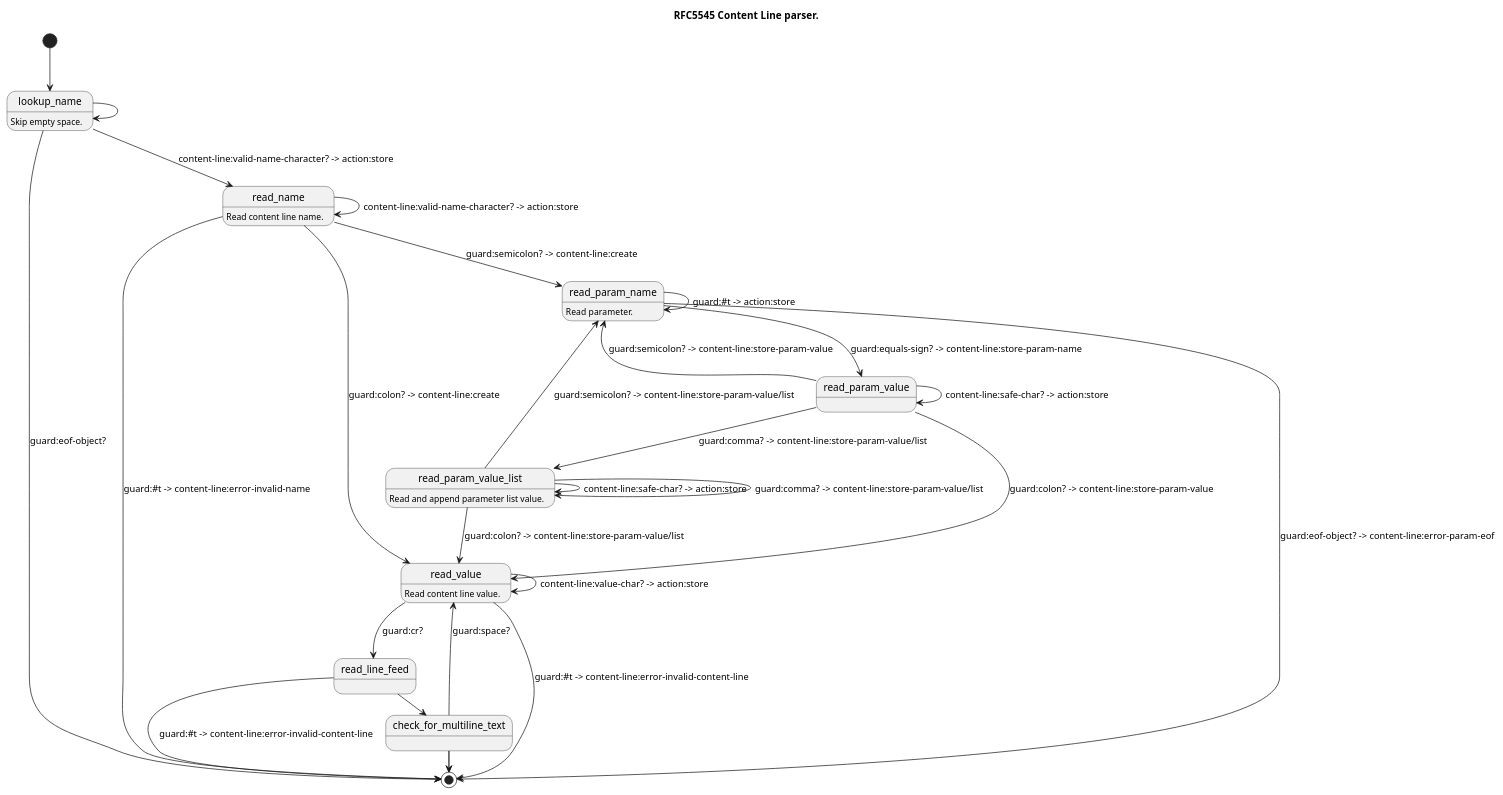
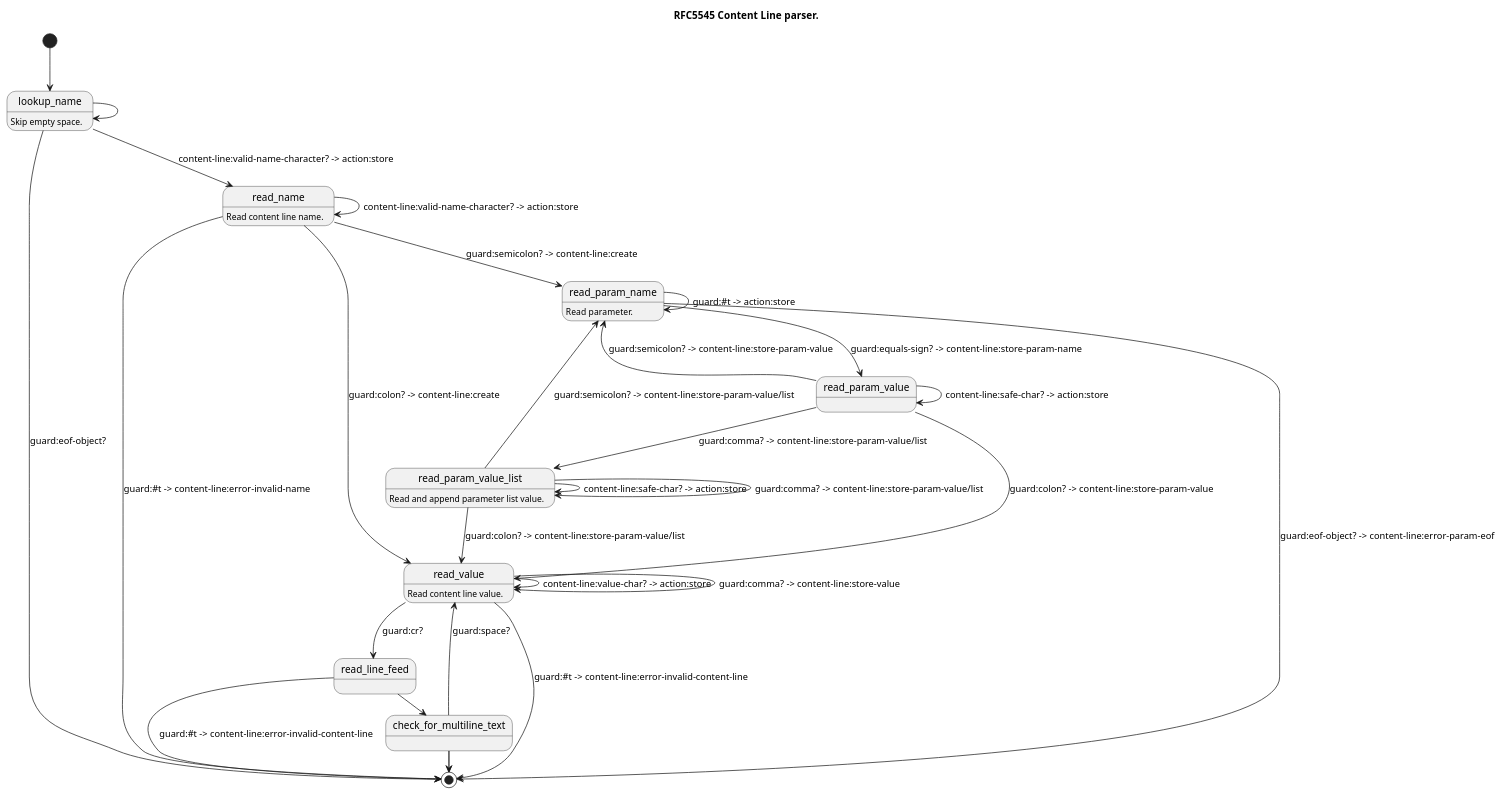
The diagram in modules/ics/fsm/content-line-parser.puml (artyom-poptsov/guile-ics), drawn with PlantUML before and after one commit. The commit also changed 1 other file, not shown here.

Commit message:
content-line-parser: Read list values
* modules/ics/fsm/content-line-context.scm (content-line:store-value): Allow to
  read the list values.
* modules/ics/fsm/content-line-parser.puml (read_value): Handle commas.

```diff
--- a/modules/ics/fsm/content-line-parser.puml
+++ b/modules/ics/fsm/content-line-parser.puml
@@ -1,87 +1,88 @@
 @startuml
 title RFC5545 Content Line parser.
 
 ' ---------------------------------------------------------------------------
 ' Content Line ABNF:
 '   contentline   = name *(";" param ) ":" value CRLF
 '
 ' <https://datatracker.ietf.org/doc/html/rfc5545#section-3.1>
 
 [*] --> lookup_name
 
 ' ---------------------------------------------------------------------------
 ' name          = iana-token / x-name
 ' iana-token    = 1*(ALPHA / DIGIT / "-")
 '   ; iCalendar identifier registered with IANA
 '
 ' x-name        = "X-" [vendorid "-"] 1*(ALPHA / DIGIT / "-")
 '   ; Reserved for experimental use.
 ' vendorid      = 3*(ALPHA / DIGIT)
 '   ; Vendor identification
 
 lookup_name: Skip empty space.
 lookup_name --> [*]: guard:eof-object?
 lookup_name --> read_name: content-line:valid-name-character? -> action:store
 lookup_name ->  lookup_name
 
 read_name: Read content line name.
 read_name --> read_param_name: guard:semicolon? -> content-line:create
 read_name --> read_value:      guard:colon? -> content-line:create
 read_name --> read_name:       content-line:valid-name-character? -> action:store
 read_name --> [*]:             guard:#t -> content-line:error-invalid-name
 
 ' ---------------------------------------------------------------------------
 ' param         = param-name "=" param-value *("," param-value)
 ' param-name    = iana-token / x-name
 
 read_param_name: Read parameter.
 read_param_name --> read_param_value: guard:equals-sign? -> content-line:store-param-name
 read_param_name --> [*]:              guard:eof-object? -> content-line:error-param-eof
 read_param_name ->  read_param_name:  guard:#t -> action:store
 
 ' ---------------------------------------------------------------------------
 ' param-value   = paramtext / quoted-string
 ' paramtext     = *SAFE-CHAR
 ' quoted-string = DQUOTE *QSAFE-CHAR DQUOTE
 ' SAFE-CHAR     = WSP / %x21 / %x23-2B / %x2D-39 / %x3C-7E
 '                   / NON-US-ASCII
 ' QSAFE-CHAR    = WSP / %x21 / %x23-7E / NON-US-ASCII
 '   ; Any character except CONTROL and DQUOTE
 
 read_param_value --> read_param_name:       guard:semicolon? -> content-line:store-param-value
 read_param_value --> read_value:            guard:colon? -> content-line:store-param-value
 read_param_value --> read_param_value_list: guard:comma? -> content-line:store-param-value/list
 read_param_value ->  read_param_value:      content-line:safe-char? -> action:store
 
 ' ---------------------------------------------------------------------------
 ' List and Field Separators:
 ' <https://datatracker.ietf.org/doc/html/rfc5545#section-3.1.1>
 
 read_param_value_list: Read and append parameter list value.
 read_param_value_list --> read_param_name:       guard:semicolon? -> content-line:store-param-value/list
 read_param_value_list --> read_value:            guard:colon? -> content-line:store-param-value/list
 read_param_value_list --> read_param_value_list: guard:comma? -> content-line:store-param-value/list
 read_param_value_list ->  read_param_value_list: content-line:safe-char? -> action:store
 
 ' ---------------------------------------------------------------------------
 ' VALUE-CHAR    = WSP / %x21-7E / NON-US-ASCII
 '   ; Any textual characters
 ' NON-US-ASCII  = UTF8-2 / UTF8-3 / UTF8-4
 '   ; UTF8-2, UTF8-3, and UTF8-4 are defined in [RFC3629]
 '
 ' CONTROL       = %x00-08 / %x0A-1F / %x7F
 '   ; All the controls except HTAB
 
 read_value: Read content line value.
-read_value --> read_line_feed: guard:cr?
-read_value ->  read_value:     content-line:value-char? -> action:store
-read_value --> [*]:            guard:#t -> content-line:error-invalid-content-line
+read_value --> read_line_feed:  guard:cr?
+read_value --> read_value:      guard:comma? -> content-line:store-value
+read_value ->  read_value:      content-line:value-char? -> action:store
+read_value --> [*]:             guard:#t -> content-line:error-invalid-content-line
 
 read_line_feed ->  check_for_multiline_text: guard:lf?
 read_line_feed --> [*]: guard:#t -> content-line:error-invalid-content-line
 
 check_for_multiline_text -> [*]: guard:eof-object? -> content-line:store-value
 check_for_multiline_text -> read_value: guard:space?
 check_for_multiline_text -> [*]: guard:#t -> content-line:store-value/unget-char
 
 @enduml
```
